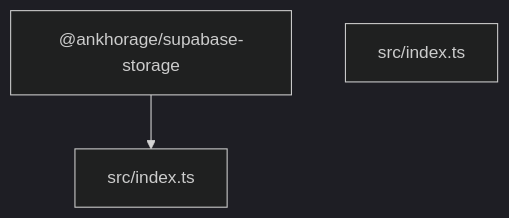
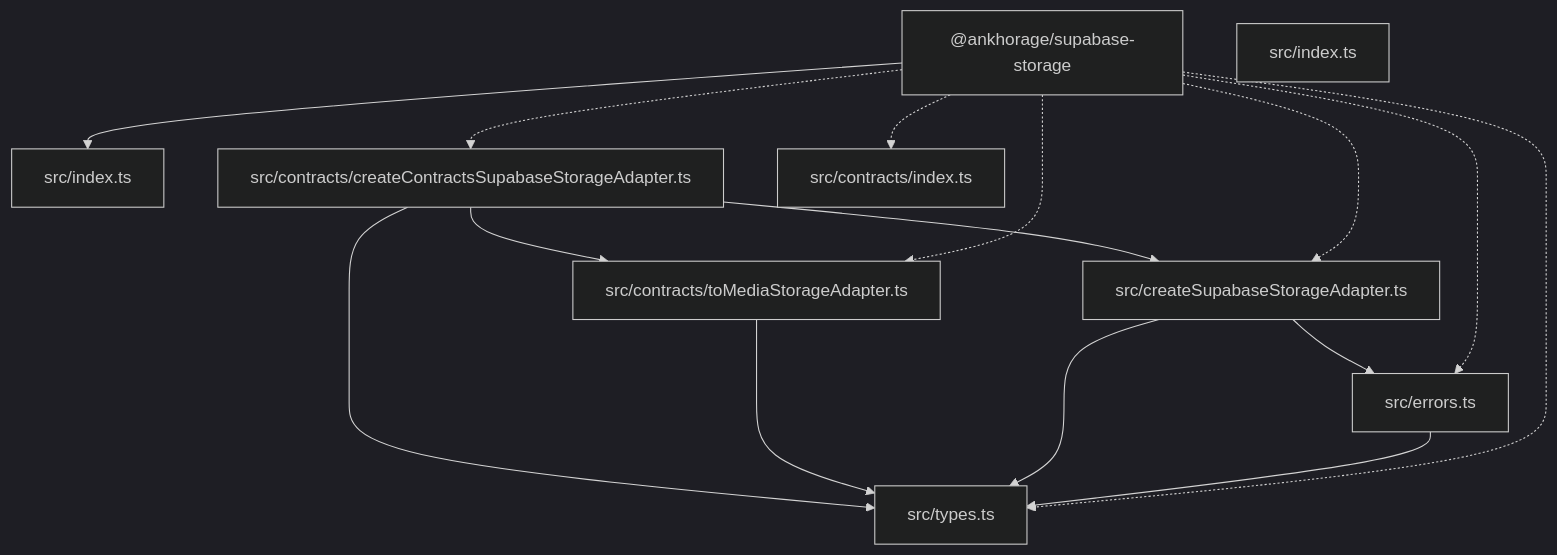
The diagram in paradox/diagrams/architecture-overview.mmd (ankhorage/supabase-storage), drawn with Mermaid (dark theme) before and after one commit. The commit also changed 14 other files, not shown here.

Commit message:
Validate ADM-14 Supabase media storage

```diff
--- a/paradox/diagrams/architecture-overview.mmd
+++ b/paradox/diagrams/architecture-overview.mmd
@@ -1,5 +1,24 @@
 graph TD
   package__ankhorage_supabase_storage["@ankhorage/supabase-storage"]
   entrypoint_src_index_ts["src/index.ts"]
   package__ankhorage_supabase_storage --> entrypoint_src_index_ts
+  module_src_contracts_createContractsSupabaseStorageAdapter_ts["src/contracts/createContractsSupabaseStorageAdapter.ts"]
+  package__ankhorage_supabase_storage -.-> module_src_contracts_createContractsSupabaseStorageAdapter_ts
+  module_src_contracts_createContractsSupabaseStorageAdapter_ts --> module_src_contracts_toMediaStorageAdapter_ts
+  module_src_contracts_createContractsSupabaseStorageAdapter_ts --> module_src_createSupabaseStorageAdapter_ts
+  module_src_contracts_createContractsSupabaseStorageAdapter_ts --> module_src_types_ts
+  module_src_contracts_index_ts["src/contracts/index.ts"]
+  package__ankhorage_supabase_storage -.-> module_src_contracts_index_ts
+  module_src_contracts_toMediaStorageAdapter_ts["src/contracts/toMediaStorageAdapter.ts"]
+  package__ankhorage_supabase_storage -.-> module_src_contracts_toMediaStorageAdapter_ts
+  module_src_contracts_toMediaStorageAdapter_ts --> module_src_types_ts
+  module_src_createSupabaseStorageAdapter_ts["src/createSupabaseStorageAdapter.ts"]
+  package__ankhorage_supabase_storage -.-> module_src_createSupabaseStorageAdapter_ts
+  module_src_createSupabaseStorageAdapter_ts --> module_src_errors_ts
+  module_src_createSupabaseStorageAdapter_ts --> module_src_types_ts
+  module_src_errors_ts["src/errors.ts"]
+  package__ankhorage_supabase_storage -.-> module_src_errors_ts
+  module_src_errors_ts --> module_src_types_ts
   module_src_index_ts["src/index.ts"]
+  module_src_types_ts["src/types.ts"]
+  package__ankhorage_supabase_storage -.-> module_src_types_ts
```
